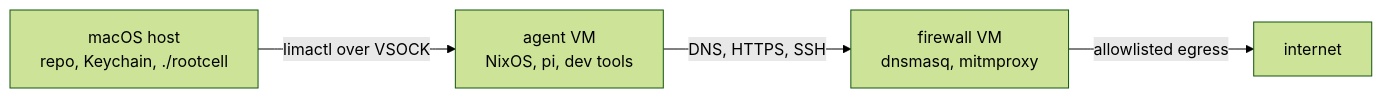
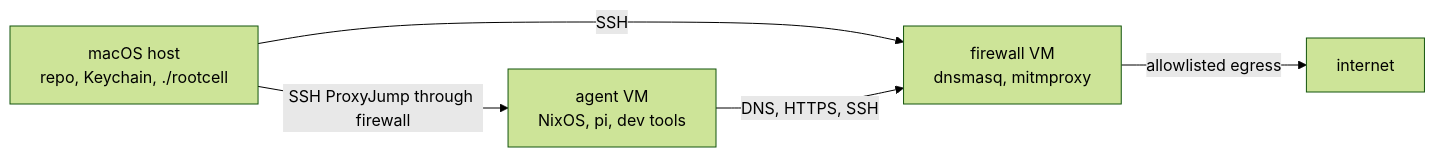
Before and after one commit to jimpudar/rootcell: the diagram in README.md, drawn with Mermaid (forest theme). The commit also changed other lines of this file and 23 other files, not shown here.

Commit message:
Document rootcell image repo setup and release workflow

````diff
--- a/README.md
+++ b/README.md
@@ -46,6 +46,7 @@
 ```mermaid
 flowchart LR
-  Host["macOS host<br/>repo, Keychain, ./rootcell"] -->|limactl over VSOCK| Agent["agent VM<br/>NixOS, pi, dev tools"]
+  Host["macOS host<br/>repo, Keychain, ./rootcell"] -->|SSH| Firewall["firewall VM<br/>dnsmasq, mitmproxy"]
+  Host -->|SSH ProxyJump through firewall| Agent["agent VM<br/>NixOS, pi, dev tools"]
   Agent -->|DNS, HTTPS, SSH| Firewall["firewall VM<br/>dnsmasq, mitmproxy"]
   Firewall -->|allowlisted egress| Internet["internet"]
 ```
````
